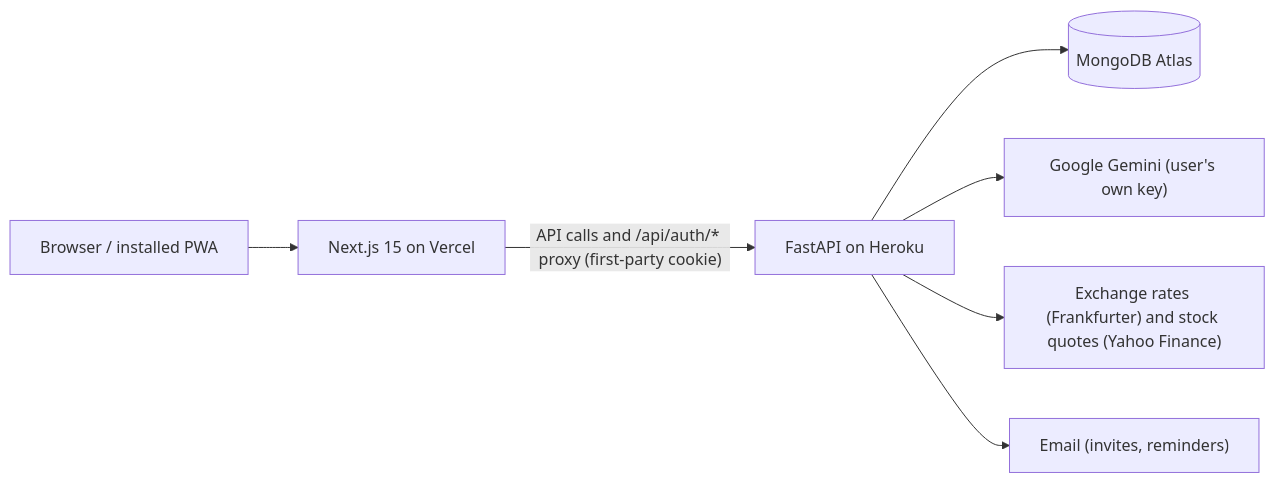
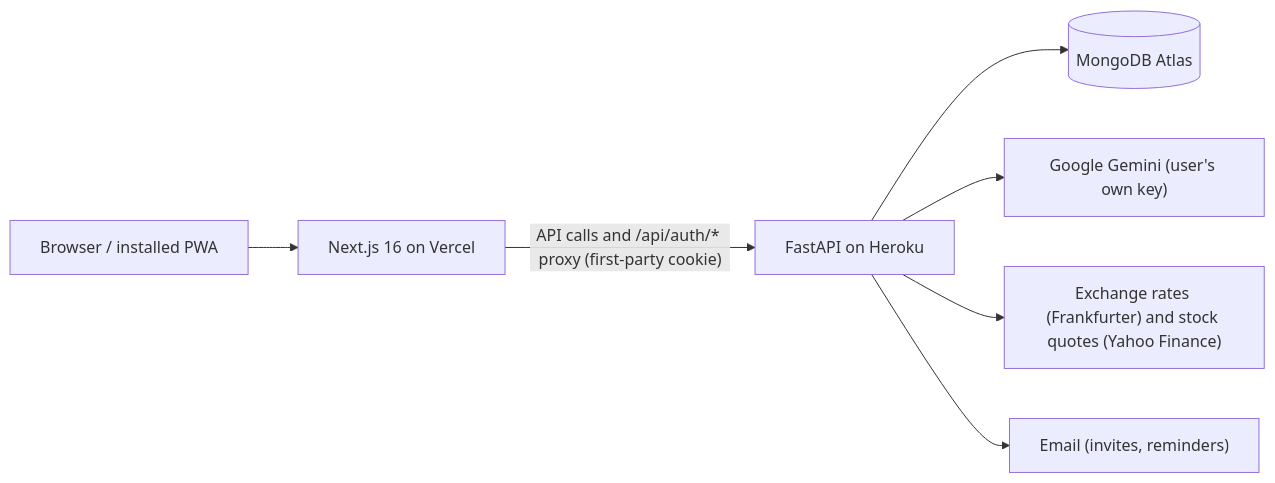
Before and after one commit to minsikpaul92/pair-pocket: the diagram in README.md, drawn with Mermaid. The commit also changed other lines of this file and 13 other files, not shown here.

````diff
--- a/README.md
+++ b/README.md
@@ -64,9 +64,9 @@
 ```mermaid
 flowchart LR
-  Browser["Browser / installed PWA"] --> Web["Next.js 15 on Vercel"]
+  Browser["Browser / installed PWA"] --> Web["Next.js 16 on Vercel"]
   Web -- "API calls and /api/auth/* proxy (first-party cookie)" --> API["FastAPI on Heroku"]
   API --> DB[("MongoDB Atlas")]
   API --> Gemini["Google Gemini (user's own key)"]
   API --> FX["Exchange rates (Frankfurter) and stock quotes (Yahoo Finance)"]
   API --> Mail["Email (invites, reminders)"]
 ```
````
